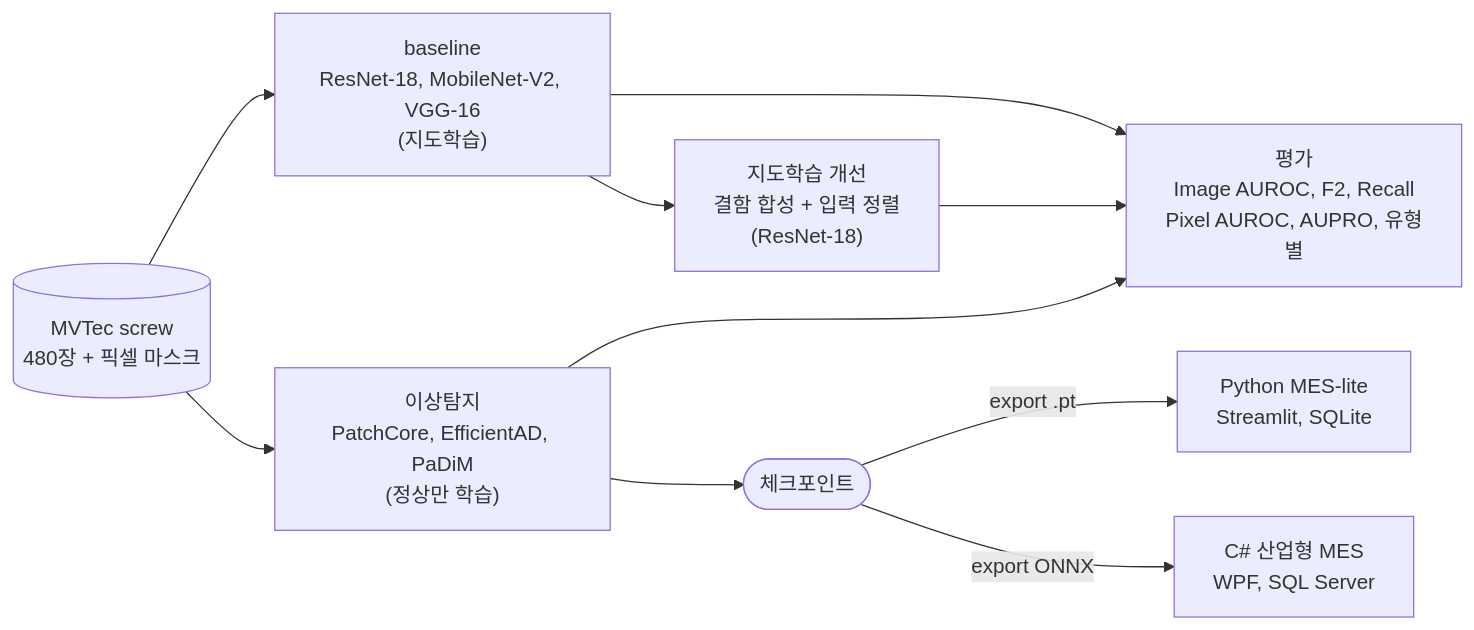
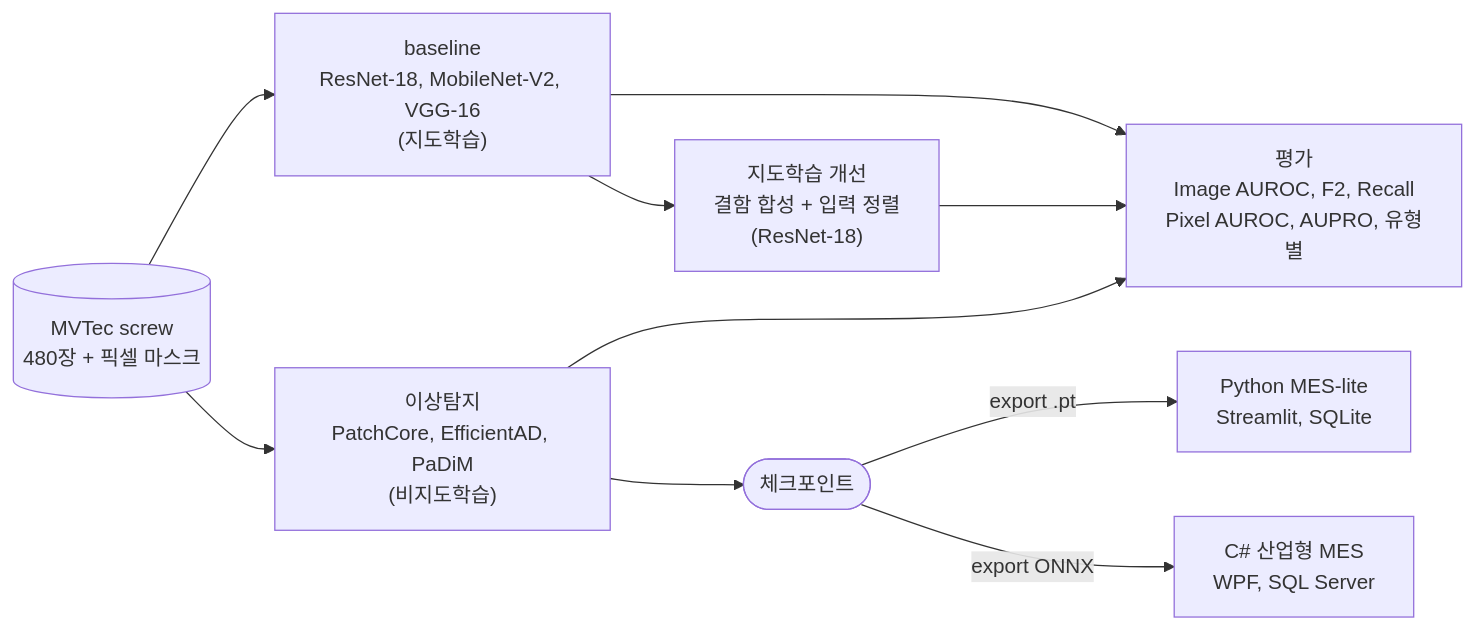
Before and after one commit to hmy7788/screw-defect-mes: the diagram in README.md, drawn with Mermaid. The commit also changed other lines of this file, not shown here.

````diff
--- a/README.md
+++ b/README.md
@@ -60,13 +60,13 @@
 ```mermaid
 flowchart LR
     D[("MVTec screw<br/>480장 + 픽셀 마스크")]
     D --> B["baseline<br/>ResNet-18, MobileNet-V2, VGG-16<br/>(지도학습)"]
-    D --> P["이상탐지<br/>PatchCore, EfficientAD, PaDiM<br/>(정상만 학습)"]
+    D --> P["이상탐지<br/>PatchCore, EfficientAD, PaDiM<br/>(비지도학습)"]
     B --> S["지도학습 개선<br/>결함 합성 + 입력 정렬<br/>(ResNet-18)"]
     B --> E["평가<br/>Image AUROC, F2, Recall<br/>Pixel AUROC, AUPRO, 유형별"]
     S --> E
     P --> E
     P --> CK(["체크포인트"])
     CK -->|"export .pt"| PY["Python MES-lite<br/>Streamlit, SQLite"]
     CK -->|"export ONNX"| CS["C# 산업형 MES<br/>WPF, SQL Server"]
 ```
````
